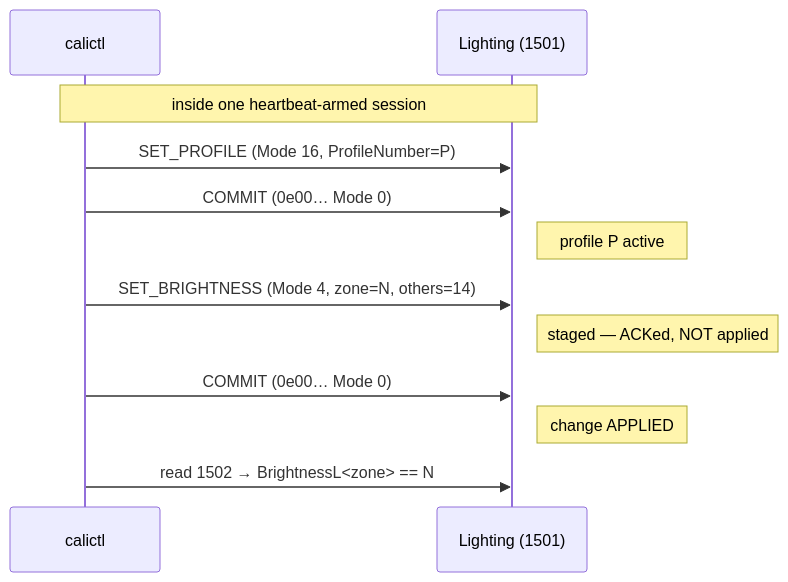
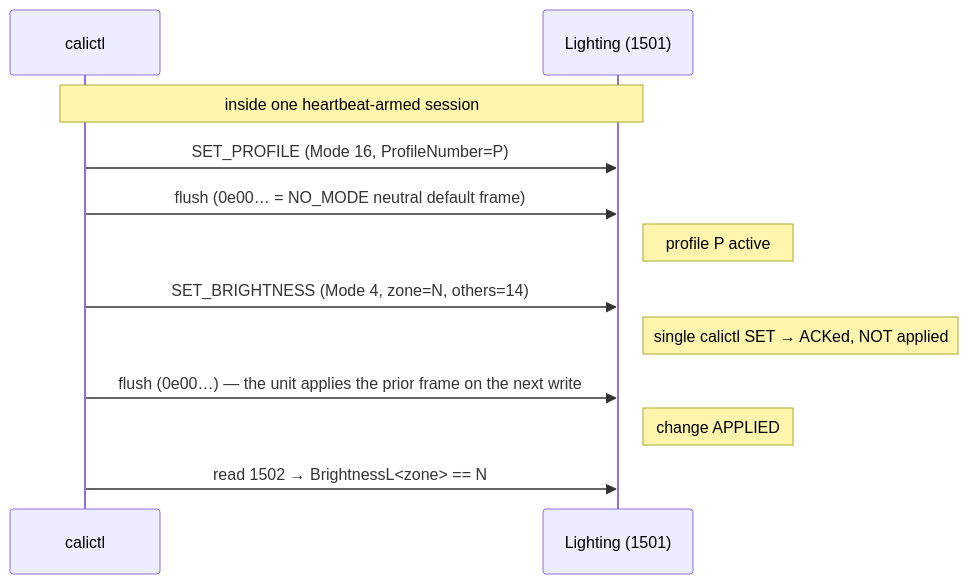
Before and after one commit to ckeller42/open-california: the fourth of 8 diagrams in docs/sphinx/protocol-sequences.rst, drawn with Mermaid. The commit also changed other lines of this file and 2 other files, not shown here.

First line of the commit message:
docs: fold in the decompile-confirmation corrections to the protocol diagrams

```diff
--- a/docs/sphinx/protocol-sequences.rst
+++ b/docs/sphinx/protocol-sequences.rst
@@ -98,14 +125,14 @@
 .. mermaid::
 
     sequenceDiagram
         participant C as calictl
         participant U as Lighting (1501)
         Note over C,U: inside one heartbeat-armed session
         C->>U: SET_PROFILE (Mode 16, ProfileNumber=P)
-        C->>U: COMMIT (0e00… Mode 0)
+        C->>U: flush (0e00… = NO_MODE neutral default frame)
         Note right of U: profile P active
         C->>U: SET_BRIGHTNESS (Mode 4, zone=N, others=14)
-        Note right of U: staged — ACKed, NOT applied
-        C->>U: COMMIT (0e00… Mode 0)
+        Note right of U: single calictl SET → ACKed, NOT applied
+        C->>U: flush (0e00…) — the unit applies the prior frame on the next write
         Note right of U: change APPLIED
         C->>U: read 1502 → BrightnessL<zone> == N
```
